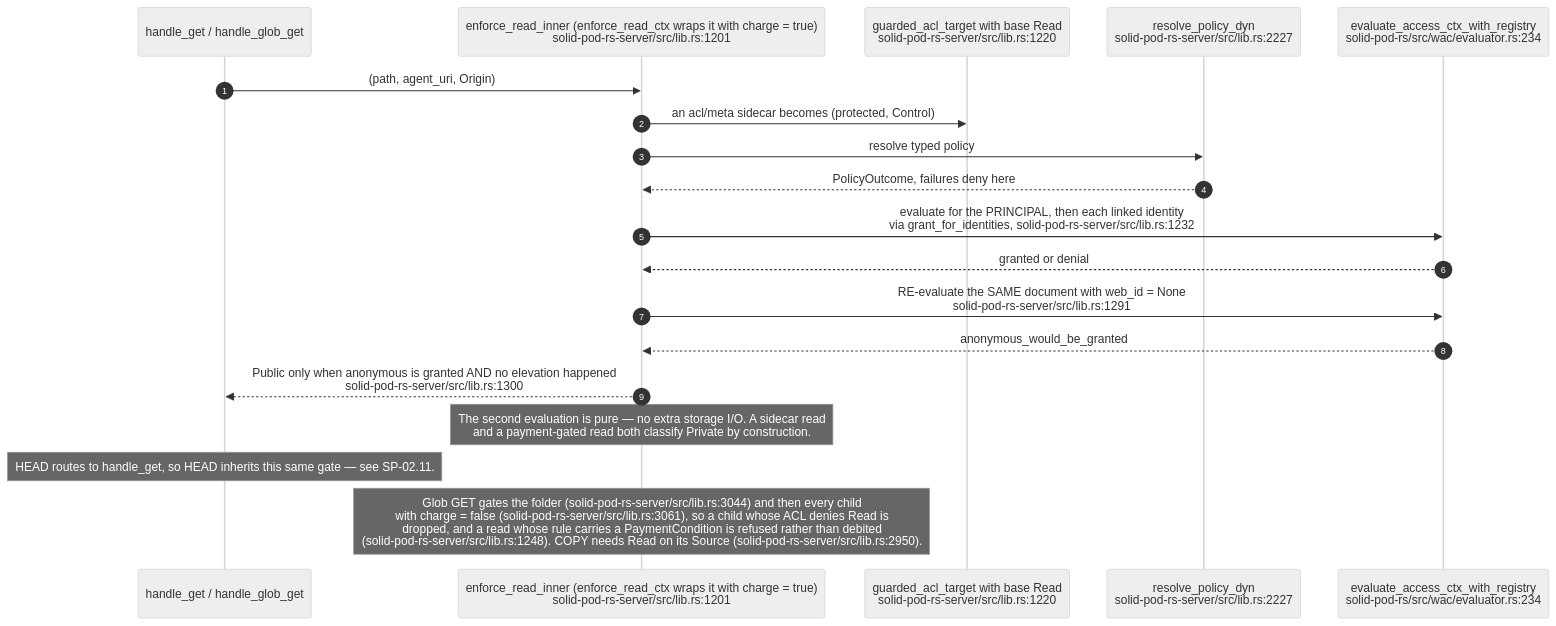
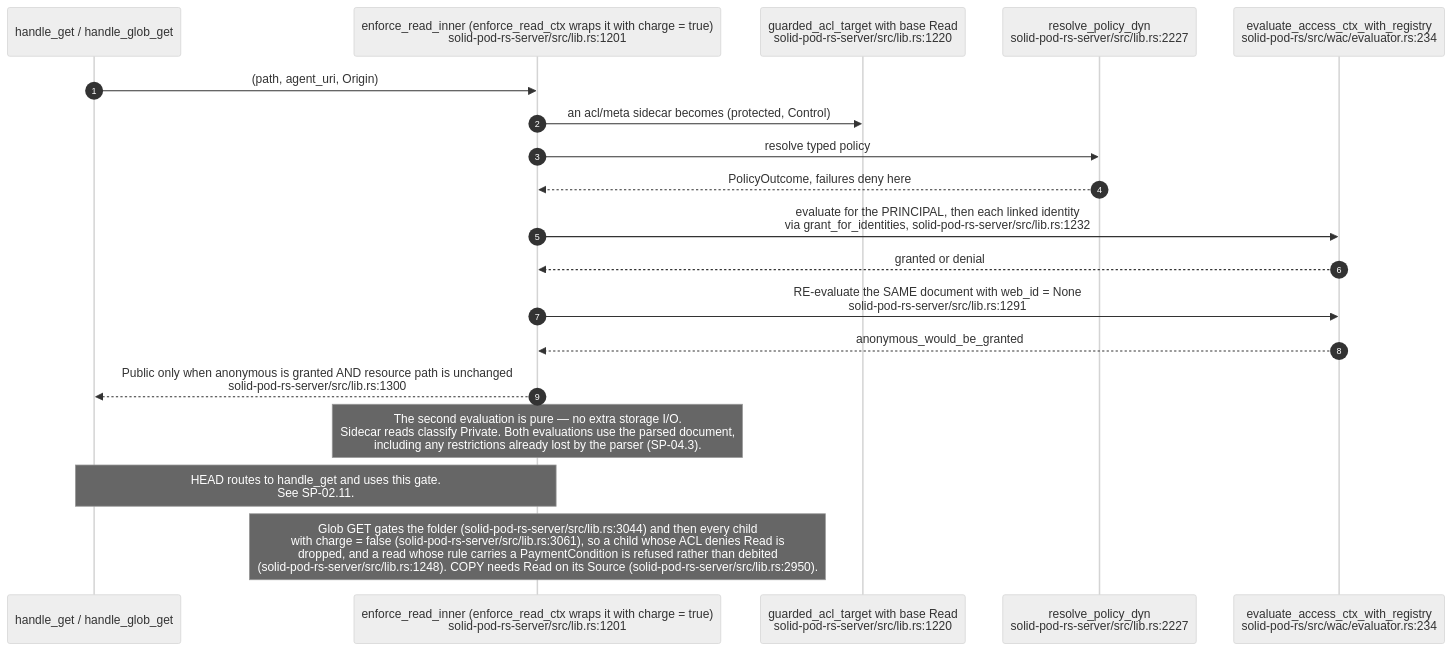
One commit to DreamLab-AI/VisionFlow changed the second of 13 diagrams in docs/diagrams/solid-pod-rs/04-wac-authorisation.md. Above: the diagram before and after it, drawn with Mermaid (neutral theme). The commit also changed other lines of this file and 30 other files, not shown here.

````diff
--- a/docs/diagrams/solid-pod-rs/04-wac-authorisation.md
+++ b/docs/diagrams/solid-pod-rs/04-wac-authorisation.md
@@ -66,22 +66,22 @@
 ```mermaid
 sequenceDiagram
     autonumber
     participant H as handle_get / handle_glob_get
     participant ER as enforce_read_inner (enforce_read_ctx wraps it with charge = true)<br/>solid-pod-rs-server/src/lib.rs:1201
     participant ET as guarded_acl_target with base Read<br/>solid-pod-rs-server/src/lib.rs:1220
     participant RP as resolve_policy_dyn<br/>solid-pod-rs-server/src/lib.rs:2227
     participant EV as evaluate_access_ctx_with_registry<br/>solid-pod-rs/src/wac/evaluator.rs:234
 
     H->>ER: (path, agent_uri, Origin)
     ER->>ET: an acl/meta sidecar becomes (protected, Control)
     ER->>RP: resolve typed policy
     RP-->>ER: PolicyOutcome, failures deny here
     ER->>EV: evaluate for the PRINCIPAL, then each linked identity<br/>via grant_for_identities, solid-pod-rs-server/src/lib.rs:1232
     EV-->>ER: granted or denial
     ER->>EV: RE-evaluate the SAME document with web_id = None<br/>solid-pod-rs-server/src/lib.rs:1291
     EV-->>ER: anonymous_would_be_granted
-    ER-->>H: Public only when anonymous is granted AND no elevation happened<br/>solid-pod-rs-server/src/lib.rs:1300
-    Note over ER: The second evaluation is pure — no extra storage I/O. A sidecar read<br/>and a payment-gated read both classify Private by construction.
-    Note over H: HEAD routes to handle_get, so HEAD inherits this same gate — see SP-02.11.
+    ER-->>H: Public only when anonymous is granted AND resource path is unchanged<br/>solid-pod-rs-server/src/lib.rs:1300
+    Note over ER: The second evaluation is pure — no extra storage I/O.<br/>Sidecar reads classify Private. Both evaluations use the parsed document,<br/>including any restrictions already lost by the parser (SP-04.3).
+    Note over H,ER: HEAD routes to handle_get and uses this gate.<br/>See SP-02.11.
     Note over ER: Glob GET gates the folder (solid-pod-rs-server/src/lib.rs:3044) and then every child<br/>with charge = false (solid-pod-rs-server/src/lib.rs:3061), so a child whose ACL denies Read is<br/>dropped, and a read whose rule carries a PaymentCondition is refused rather than debited<br/>(solid-pod-rs-server/src/lib.rs:1248). COPY needs Read on its Source (solid-pod-rs-server/src/lib.rs:2950).
 ```
````
